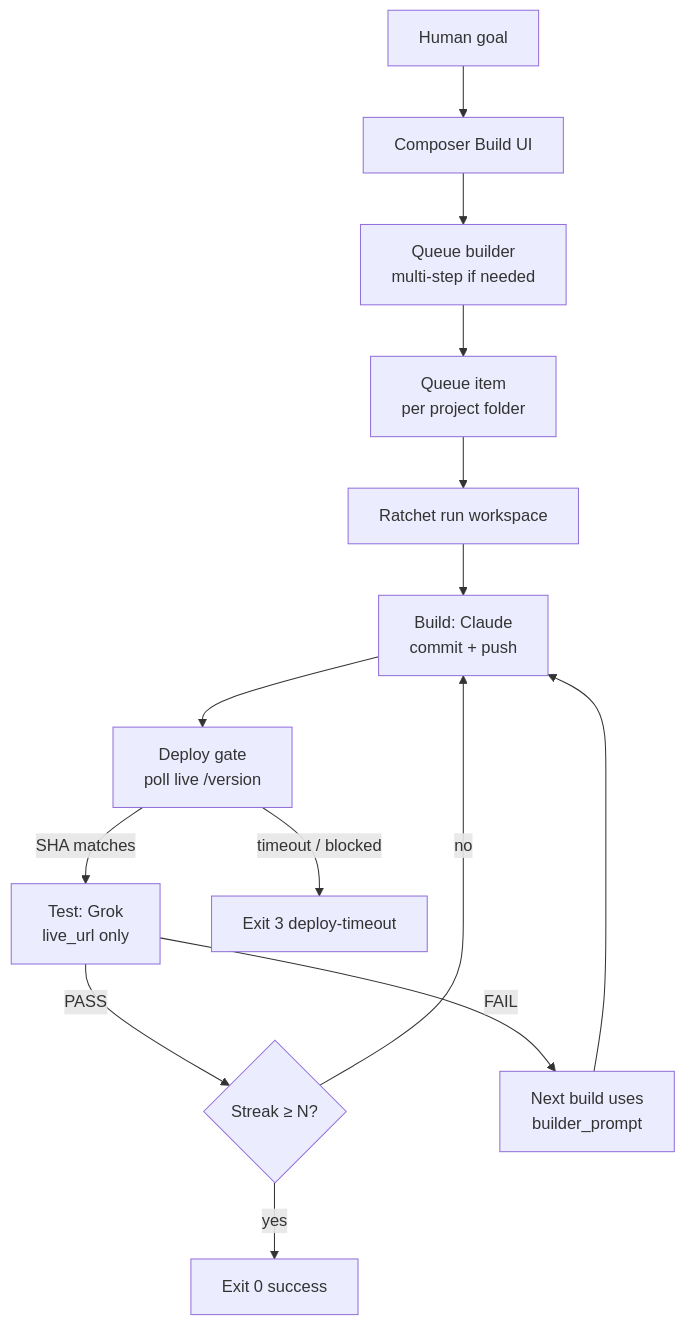
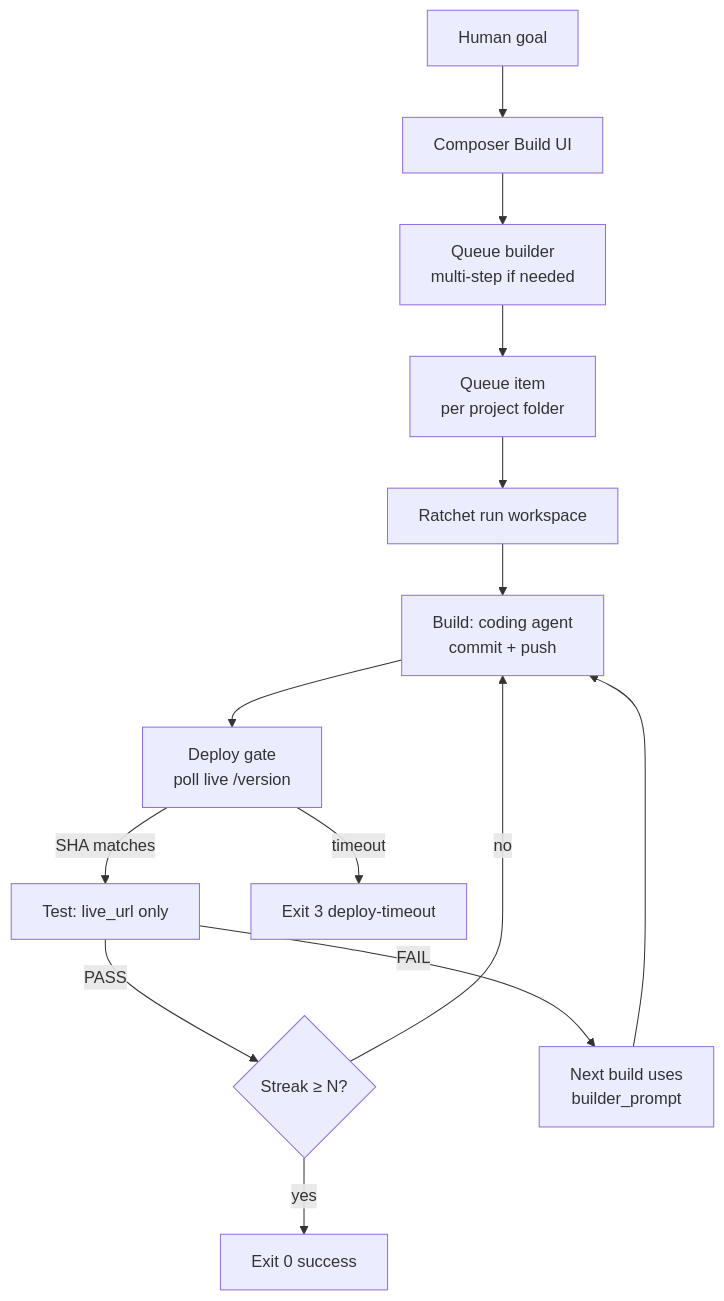
The first of 7 diagrams in content/vibe-coding/ratchet-guide/diagrams.md (southu/vygo), drawn with Mermaid before and after one commit. The commit also changed other lines of this file and 42 other files, not shown here.

````diff
--- a/content/vibe-coding/ratchet-guide/diagrams.md
+++ b/content/vibe-coding/ratchet-guide/diagrams.md
@@ -13,16 +13,16 @@
 ```mermaid
 flowchart TD
   H[Human goal] --> B[Composer Build UI]
   B --> Q[Queue builder<br/>multi-step if needed]
   Q --> I[Queue item<br/>per project folder]
   I --> R[Ratchet run workspace]
-  R --> BL[Build: Claude<br/>commit + push]
+  R --> BL[Build: coding agent<br/>commit + push]
   BL --> DG[Deploy gate<br/>poll live /version]
-  DG -->|SHA matches| T[Test: Grok<br/>live_url only]
-  DG -->|timeout / blocked| X3[Exit 3 deploy-timeout]
+  DG -->|SHA matches| T[Test: live_url only]
+  DG -->|timeout| X3[Exit 3 deploy-timeout]
   T -->|PASS| ST{Streak ≥ N?}
   T -->|FAIL| BL2[Next build uses<br/>builder_prompt]
   BL2 --> BL
   ST -->|no| BL
   ST -->|yes| OK[Exit 0 success]
 ```
````
